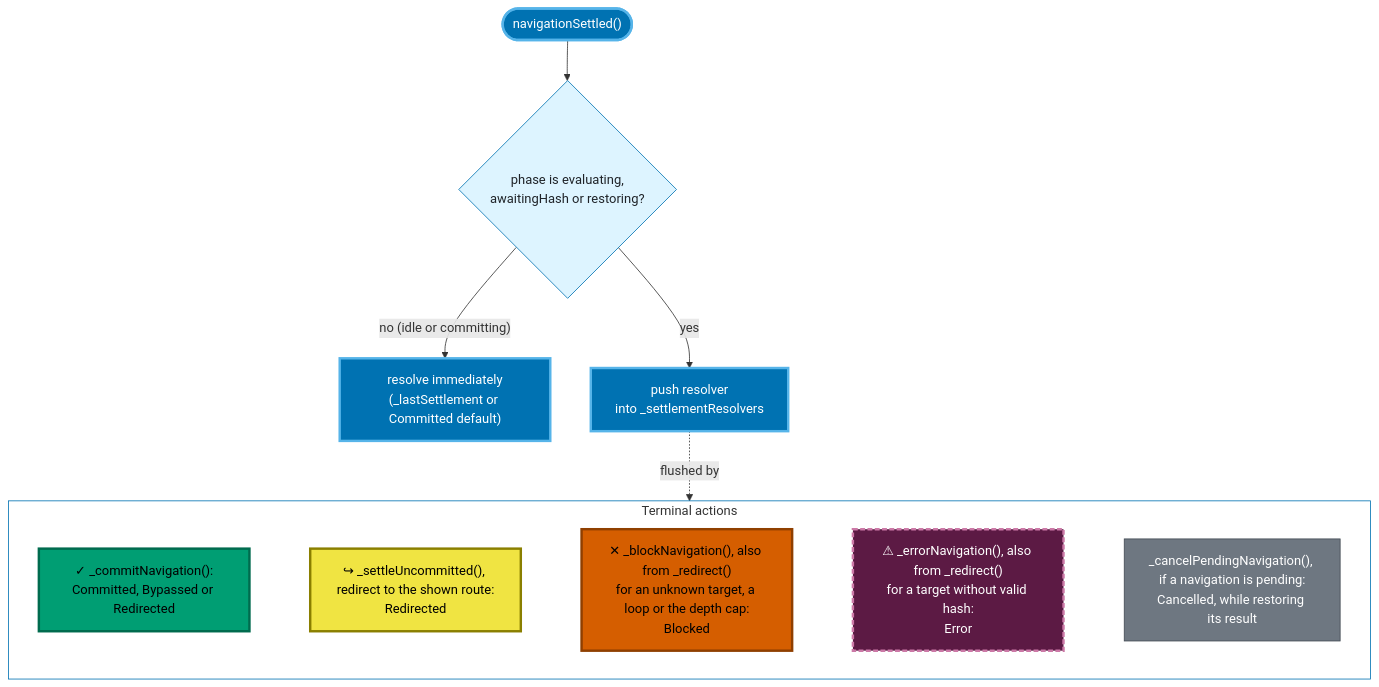
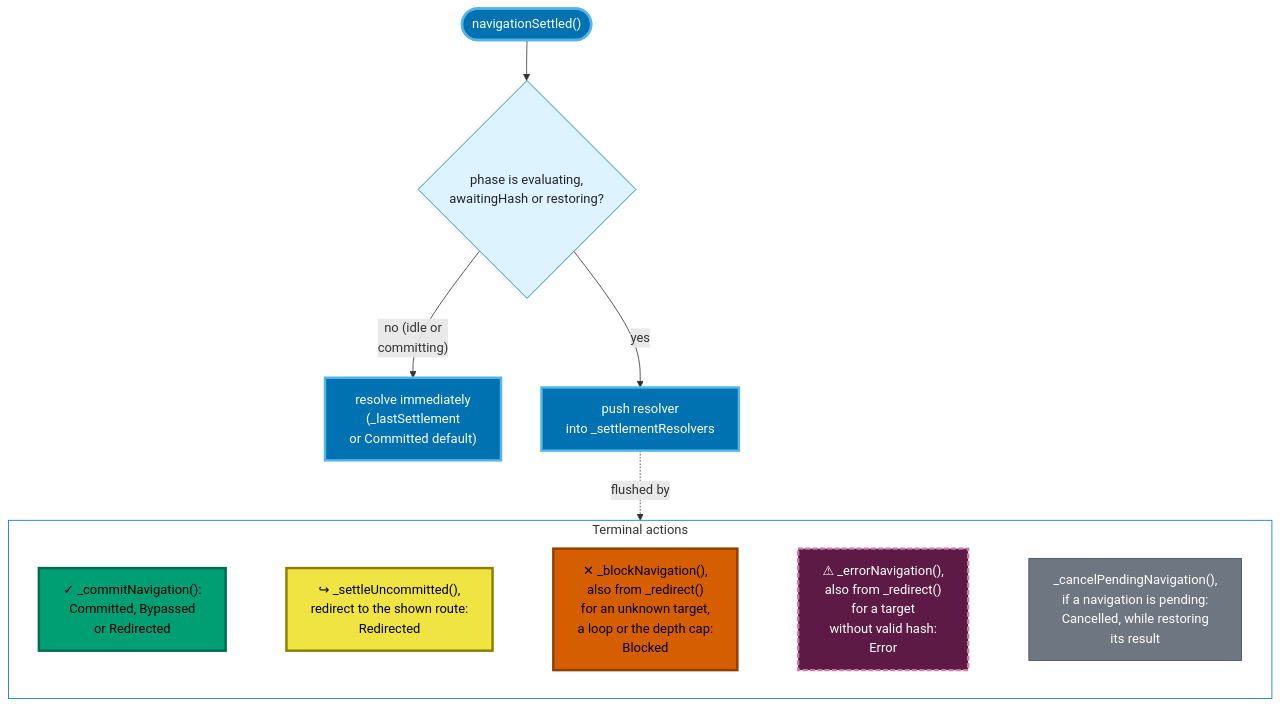
The seventh of 10 diagrams in docs/reference/architecture.md (wridgeu/ui5-lib-guard-router), drawn with Mermaid before and after one commit. The commit also changed other lines of this file and 12 other files, not shown here.

````diff
--- a/docs/reference/architecture.md
+++ b/docs/reference/architecture.md
@@ -733,32 +748,37 @@
 ```mermaid
+---
+config:
+  flowchart:
+    wrappingWidth: 300
+---
 flowchart TD
     call(["navigationSettled()"]) --> pending{"phase is evaluating,<br/>awaitingHash or restoring?"}
-    pending -- "no (idle or committing)" --> immediate["resolve immediately<br/>(_lastSettlement or Committed default)"]
+    pending -- "no (idle or<br/>committing)" --> immediate["resolve immediately<br/>(_lastSettlement<br/>or Committed default)"]
     pending -- "yes" --> push["push resolver<br/>into _settlementResolvers"]
     push -. "flushed by" .-> actions
 
     subgraph actions ["Terminal actions"]
-        commit["✓ _commitNavigation():<br/>Committed, Bypassed or Redirected"]
-        settle["↪ _settleUncommitted(), redirect to the shown route:<br/>Redirected"]
-        block["✕ _blockNavigation(), also from _redirect()<br/>for an unknown target, a loop or the depth cap:<br/>Blocked"]
-        errornav["⚠ _errorNavigation(), also from _redirect()<br/>for a target without valid hash:<br/>Error"]
-        cancel["_cancelPendingNavigation(), if a navigation is pending:<br/>Cancelled, while restoring its result"]
+        commit["✓ _commitNavigation():<br/>Committed, Bypassed<br/>or Redirected"]
+        settle["↪ _settleUncommitted(),<br/>redirect to the shown route:<br/>Redirected"]
+        block["✕ _blockNavigation(),<br/>also from _redirect()<br/>for an unknown target,<br/>a loop or the depth cap:<br/>Blocked"]
+        errornav["⚠ _errorNavigation(),<br/>also from _redirect()<br/>for a target<br/>without valid hash:<br/>Error"]
+        cancel["_cancelPendingNavigation(),<br/>if a navigation is pending:<br/>Cancelled, while restoring<br/>its result"]
         commit ~~~ settle ~~~ block ~~~ errornav ~~~ cancel
     end
 
     classDef native fill:#6e7781,stroke:#424a53,color:#ffffff
     classDef added fill:#0072B2,stroke:#56B4E9,stroke-width:3px,color:#ffffff
     classDef decision fill:#ddf4ff,stroke:#0072B2,color:#1f2328
     classDef commit fill:#009E73,stroke:#006b4e,stroke-width:3px,color:#000000
     classDef redirect fill:#F0E442,stroke:#8a7f00,stroke-width:3px,color:#000000
     classDef block fill:#D55E00,stroke:#8f3f00,stroke-width:3px,color:#000000
     classDef error fill:#5c1a44,stroke:#CC79A7,stroke-width:3px,stroke-dasharray:6 3,color:#ffffff
     class cancel native
     class call,immediate,push added
     class pending decision
     class commit commit
     class settle redirect
     class block block
     class errornav error
     style actions fill:none,stroke:#0072B2
 ```
````
